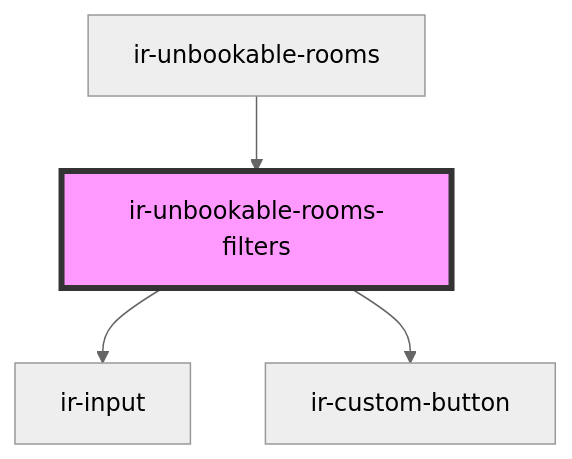
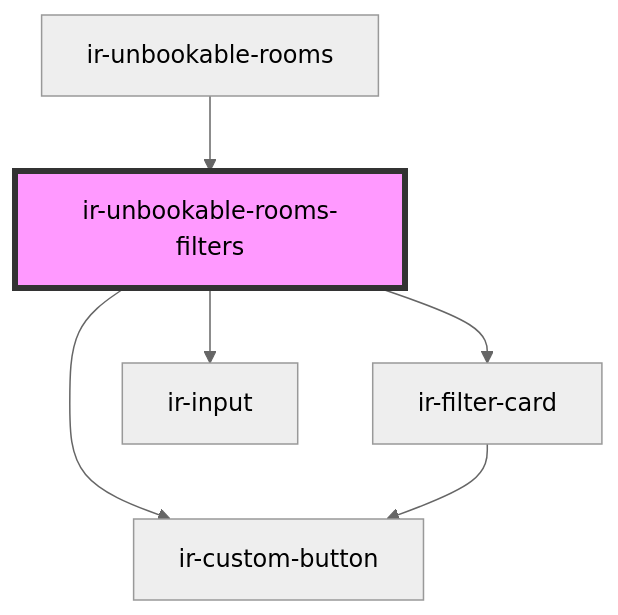
One commit to RonyRizk/ir-webcmp changed the diagram in src/components/ir-unbookable-rooms/ir-unbookable-rooms-filters/readme.md. Above: the diagram before and after it, drawn with Mermaid (neutral theme). The commit also changed other lines of this file and 73 other files, not shown here.

````diff
--- a/src/components/ir-unbookable-rooms/ir-unbookable-rooms-filters/readme.md
+++ b/src/components/ir-unbookable-rooms/ir-unbookable-rooms-filters/readme.md
@@ -39,7 +40,9 @@
 ```mermaid
 graph TD;
+  ir-unbookable-rooms-filters --> ir-filter-card
   ir-unbookable-rooms-filters --> ir-input
   ir-unbookable-rooms-filters --> ir-custom-button
+  ir-filter-card --> ir-custom-button
   ir-unbookable-rooms --> ir-unbookable-rooms-filters
   style ir-unbookable-rooms-filters fill:#f9f,stroke:#333,stroke-width:4px
 ```
````
